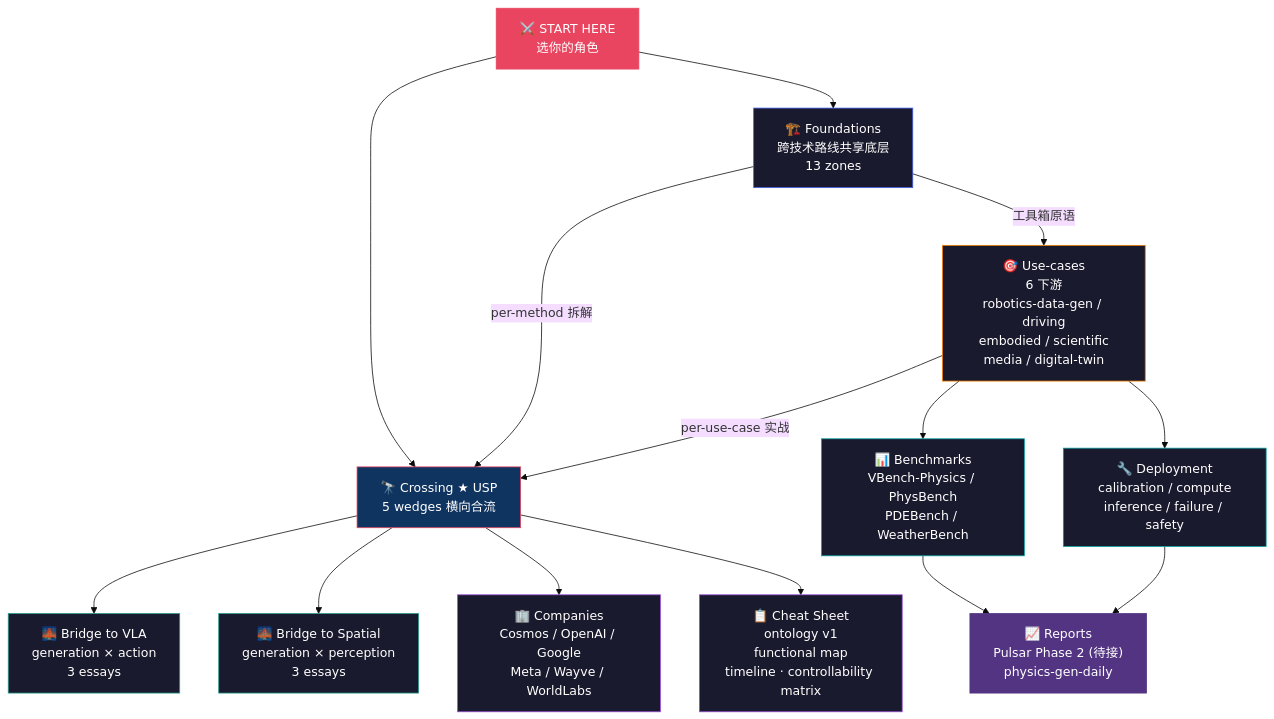
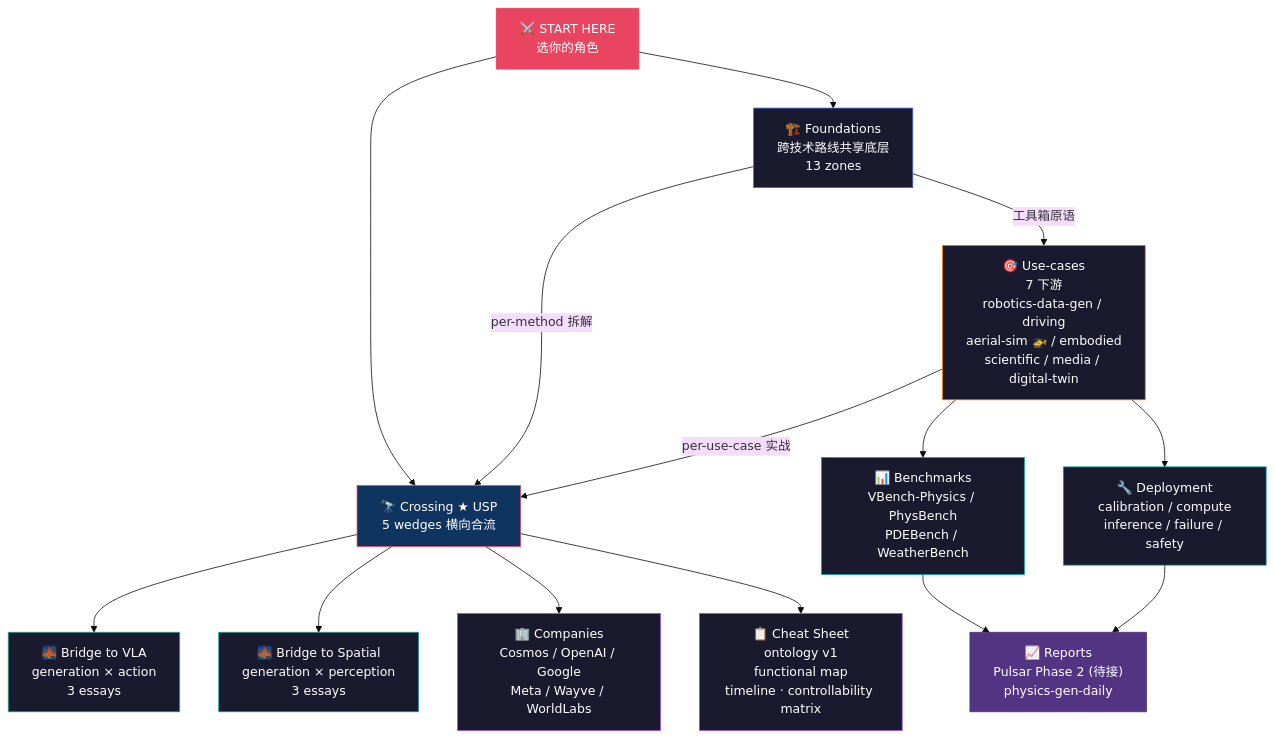
The diagram in README.md (sou350121/Physics-Controllable-Generation-Handbook), drawn with Mermaid (base theme) before and after one commit. The commit also changed other lines of this file and 37 other files, not shown here.

````diff
--- a/README.md
+++ b/README.md
@@ -73,33 +74,33 @@
 ```mermaid
 graph TD
     START["⚔️ START HERE<br/>选你的角色"] --> FOUND["🏗️ Foundations<br/>跨技术路线共享底层<br/>13 zones"]
     START --> CROSS["🔭 Crossing ★ USP<br/>5 wedges 横向合流"]
 
-    FOUND -->|"工具箱原语"| USE["🎯 Use-cases<br/>6 下游<br/>robotics-data-gen / driving<br/>embodied / scientific<br/>media / digital-twin"]
+    FOUND -->|"工具箱原语"| USE["🎯 Use-cases<br/>7 下游<br/>robotics-data-gen / driving<br/>aerial-sim 🚁 / embodied<br/>scientific / media / digital-twin"]
     FOUND -->|"per-method 拆解"| CROSS
 
     USE -->|"per-use-case 实战"| CROSS
 
     CROSS --> BVLA["🌉 Bridge to VLA<br/>generation × action<br/>3 essays"]
     CROSS --> BSPA["🌉 Bridge to Spatial<br/>generation × perception<br/>3 essays"]
     CROSS --> COMP["🏢 Companies<br/>Cosmos / OpenAI / Google<br/>Meta / Wayve / WorldLabs"]
     CROSS --> CHEAT["📋 Cheat Sheet<br/>ontology v1<br/>functional map<br/>timeline · controllability matrix"]
 
     USE --> BENCH["📊 Benchmarks<br/>VBench-Physics / PhysBench<br/>PDEBench / WeatherBench"]
     USE --> DEPLOY["🔧 Deployment<br/>calibration / compute<br/>inference / failure / safety"]
 
     BENCH --> REP["📈 Reports<br/>Pulsar Phase 2 (待接)<br/>physics-gen-daily"]
     DEPLOY --> REP
 
     style START fill:#e94560,stroke:#e94560,color:#fff
     style FOUND fill:#1a1a2e,stroke:#4361ee,color:#fff
     style USE fill:#1a1a2e,stroke:#f77f00,color:#fff
     style CROSS fill:#0f3460,stroke:#e94560,color:#fff
     style BVLA fill:#1a1a2e,stroke:#2a9d8f,color:#fff
     style BSPA fill:#1a1a2e,stroke:#2a9d8f,color:#fff
     style COMP fill:#1a1a2e,stroke:#9d4edd,color:#fff
     style CHEAT fill:#1a1a2e,stroke:#9d4edd,color:#fff
     style BENCH fill:#1a1a2e,stroke:#06a0a0,color:#fff
     style DEPLOY fill:#1a1a2e,stroke:#06a0a0,color:#fff
     style REP fill:#533483,stroke:#533483,color:#fff
 ```
````
